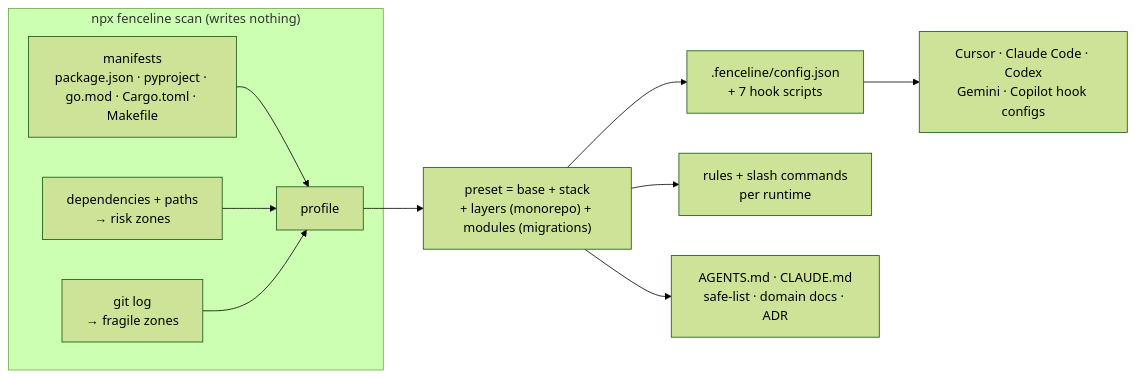
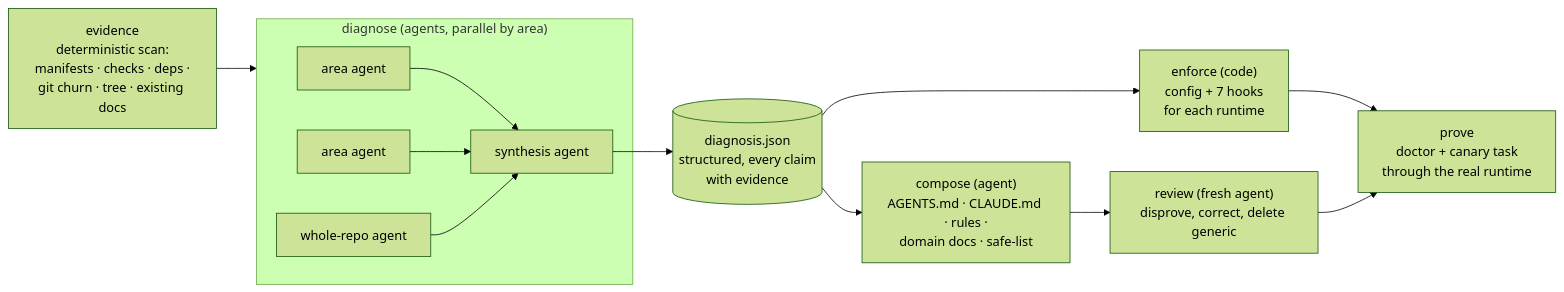
The diagram in README.md (g0007b1/fenceline), drawn with Mermaid (forest theme) before and after one commit. The commit also changed other lines of this file and 30 other files, not shown here.

Commit message:
0.5.0: fenceline is an orchestrator — agents diagnose the repo and write its environment; hooks enforce it

````diff
--- a/README.md
+++ b/README.md
@@ -103,13 +74,13 @@
 ```mermaid
 flowchart LR
-  subgraph scan["npx fenceline scan  (writes nothing)"]
-    A[manifests<br/>package.json · pyproject · go.mod · Cargo.toml · Makefile] --> P[profile]
-    B[dependencies + paths<br/>→ risk zones] --> P
-    C[git log<br/>→ fragile zones] --> P
+  E["evidence<br/>deterministic scan:<br/>manifests · checks · deps ·<br/>git churn · tree · existing docs"] --> D
+  subgraph D["diagnose (agents, parallel by area)"]
+    A1[area agent] & A2[area agent] & A3[whole-repo agent] --> S[synthesis agent]
   end
-  P --> Pr["preset = base + stack<br/>+ layers (monorepo) + modules (migrations)"]
-  Pr --> H[".fenceline/config.json<br/>+ 7 hook scripts"]
-  Pr --> R[rules + slash commands<br/>per runtime]
-  Pr --> Docs[AGENTS.md · CLAUDE.md<br/>safe-list · domain docs · ADR]
-  H --> RT[Cursor · Claude Code · Codex<br/>Gemini · Copilot hook configs]
+  S --> J[(diagnosis.json<br/>structured, every claim<br/>with evidence)]
+  J --> EN["enforce (code)<br/>config + 7 hooks<br/>for each runtime"]
+  J --> C["compose (agent)<br/>AGENTS.md · CLAUDE.md · rules ·<br/>domain docs · safe-list"]
+  C --> R["review (fresh agent)<br/>disprove, correct, delete generic"]
+  EN --> P["prove<br/>doctor + canary task<br/>through the real runtime"]
+  R --> P
 ```
````
